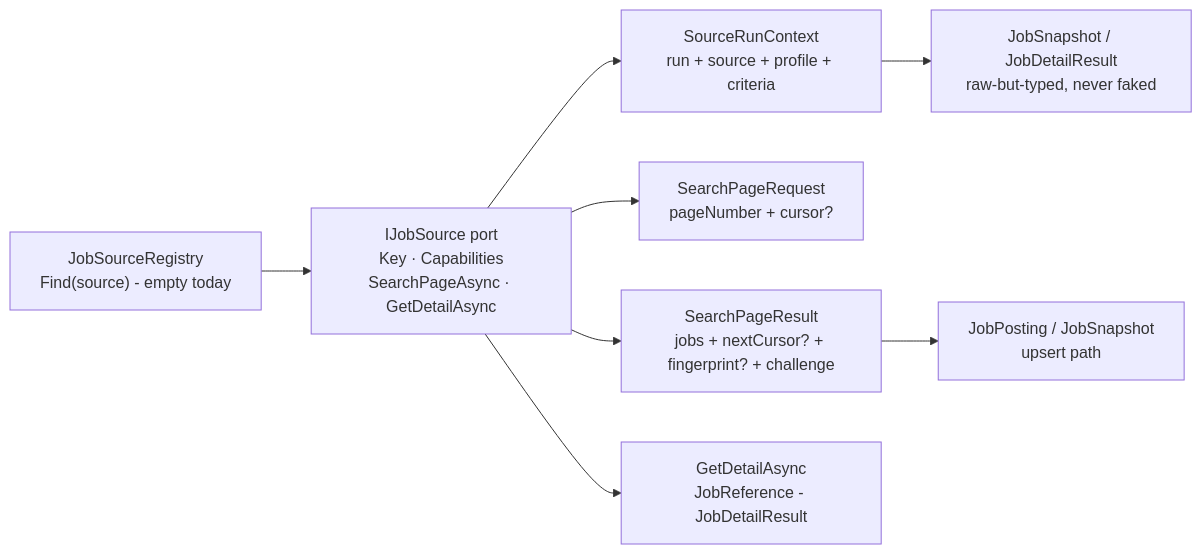
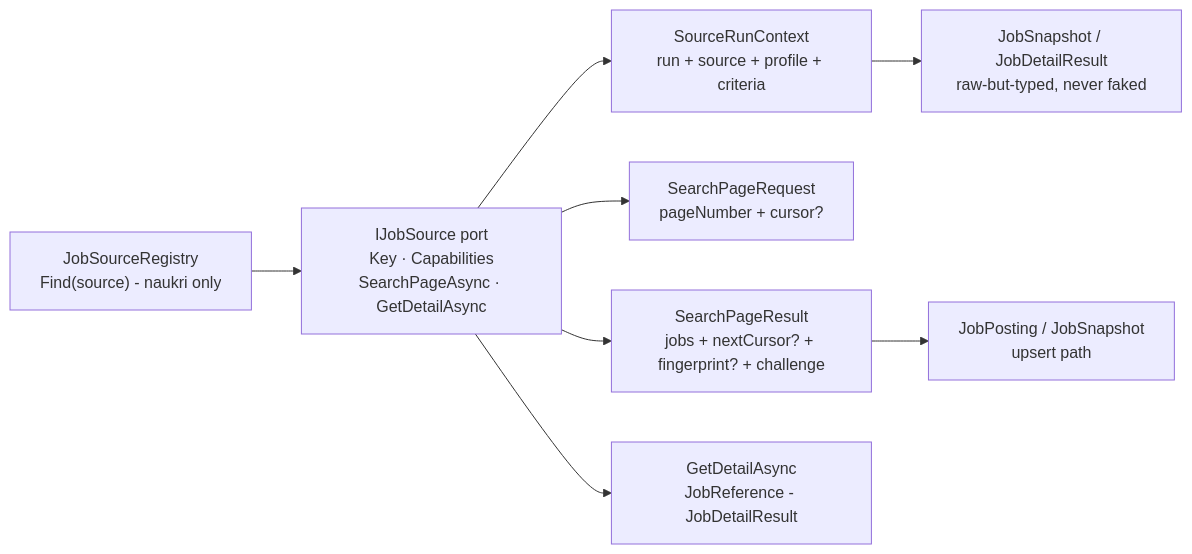
Before and after one commit to AslamNazeerShaikh/PlaywrightDotNet: the eighth of 11 diagrams in docs/02-architecture.md, drawn with Mermaid. The commit also changed other lines of this file and 82 other files, not shown here.

````diff
--- a/docs/02-architecture.md
+++ b/docs/02-architecture.md
@@ -555,10 +602,10 @@
 ```mermaid
 flowchart LR
-    REG["JobSourceRegistry<br/>Find(source) - empty today"] --> PORT["IJobSource port<br/>Key · Capabilities<br/>SearchPageAsync · GetDetailAsync"]
+    REG["JobSourceRegistry<br/>Find(source) - naukri only"] --> PORT["IJobSource port<br/>Key · Capabilities<br/>SearchPageAsync · GetDetailAsync"]
     PORT --> CTX["SourceRunContext<br/>run + source + profile + criteria"]
     PORT --> REQ["SearchPageRequest<br/>pageNumber + cursor?"]
     PORT --> RESP["SearchPageResult<br/>jobs + nextCursor? + fingerprint? + challenge"]
     PORT --> DET["GetDetailAsync<br/>JobReference - JobDetailResult"]
     CTX --> DTO["JobSnapshot / JobDetailResult<br/>raw-but-typed, never faked"]
     RESP --> DOM["JobPosting / JobSnapshot<br/>upsert path"]
 ```
````
